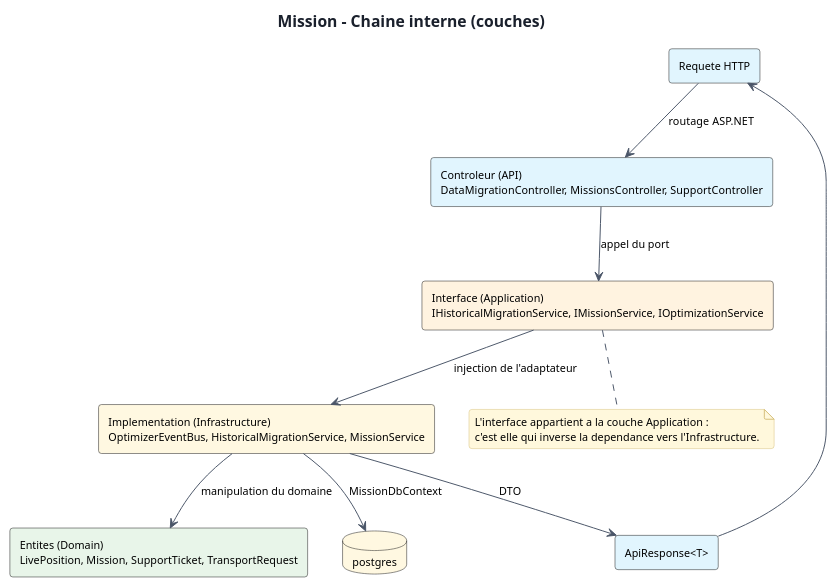
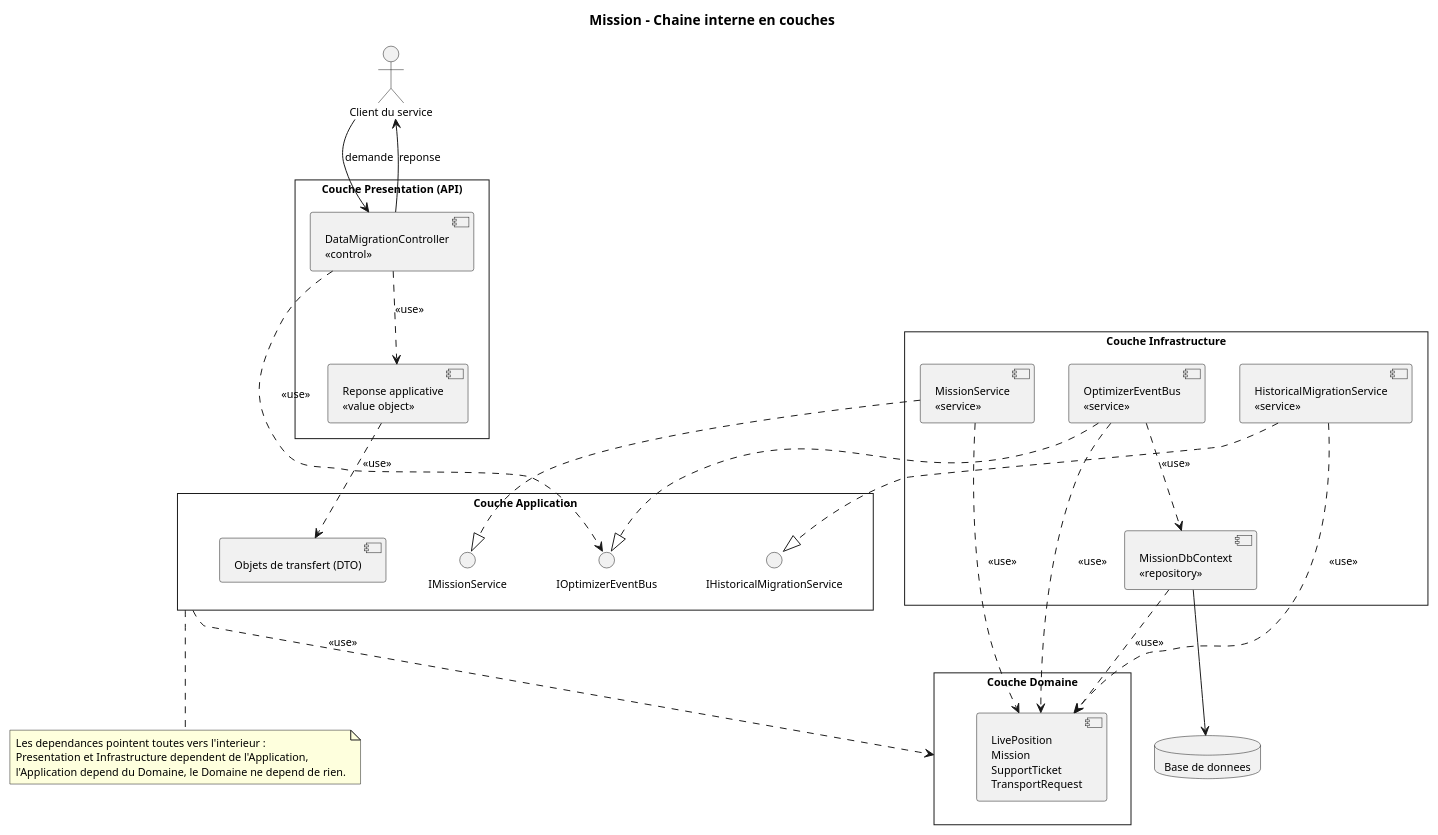
One commit to saber-barhoumi/Xpark-gmao changed the diagram in docs/diagrams/microservices/Mission/Mission-service-flow.puml. Above: the diagram before and after it, drawn with PlantUML. The commit also changed 37 other files, not shown here.

First line of the commit message:
docs(uml): correctifs semantiques sur les diagrammes des microservices

```diff
--- a/docs/diagrams/microservices/Mission/Mission-service-flow.puml
+++ b/docs/diagrams/microservices/Mission/Mission-service-flow.puml
@@ -1,40 +1,71 @@
 @startuml
 skinparam style strictuml
-skinparam backgroundColor #FFFFFF
+skinparam packageStyle rectangle
+skinparam classAttributeIconSize 0
 skinparam shadowing false
 skinparam defaultFontName Verdana
 skinparam defaultFontSize 11
-skinparam roundCorner 6
-skinparam ArrowColor #4A5568
-skinparam TitleFontSize 16
-skinparam TitleFontColor #1A202C
-skinparam NoteBackgroundColor #FFF8DC
-skinparam NoteBorderColor #D6BF7A
-skinparam componentStyle rectangle
+skinparam backgroundColor #FFFFFF
+hide empty members
 
-title Mission - Chaine interne (couches)
+title Mission - Chaine interne en couches
 
 skinparam componentStyle rectangle
 
-rectangle "Requete HTTP" as R #E1F5FE
-rectangle "Controleur (API)\nDataMigrationController, MissionsController, SupportController" as C #E1F5FE
-rectangle "Interface (Application)\nIHistoricalMigrationService, IMissionService, IOptimizationService" as I #FFF3E0
-rectangle "Implementation (Infrastructure)\nOptimizerEventBus, HistoricalMigrationService, MissionService" as S #FFF8E1
-rectangle "Entites (Domain)\nLivePosition, Mission, SupportTicket, TransportRequest" as E #E8F5E9
-database "postgres" as PG #FFF8E1
-rectangle "ApiResponse<T>" as RESP #E1F5FE
+actor "Client du service" as CLIENT
 
-R --> C : routage ASP.NET
-C --> I : appel du port
-I --> S : injection de l'adaptateur
-S --> E : manipulation du domaine
-S --> PG : MissionDbContext
-S --> RESP : DTO
-RESP --> R
+package "Couche Presentation (API)" as P_API {
+  component "DataMigrationController\n<<control>>" as CTRL
+  component "Reponse applicative\n<<value object>>" as RESP
+}
 
-note bottom of I
-  L'interface appartient a la couche Application :
-  c'est elle qui inverse la dependance vers l'Infrastructure.
+package "Couche Application" as P_APP {
+  interface "IOptimizerEventBus" as IOptimizerEventBus
+  interface "IHistoricalMigrationService" as IHistoricalMigrationService
+  interface "IMissionService" as IMissionService
+  component "Objets de transfert (DTO)" as DTO
+}
+
+package "Couche Domaine" as P_DOM {
+  component "LivePosition\nMission\nSupportTicket\nTransportRequest" as ENT
+}
+
+package "Couche Infrastructure" as P_INF {
+  component "OptimizerEventBus\n<<service>>" as OptimizerEventBus
+  component "HistoricalMigrationService\n<<service>>" as HistoricalMigrationService
+  component "MissionService\n<<service>>" as MissionService
+  component "MissionDbContext\n<<repository>>" as CTX
+}
+
+database "Base de donnees" as BD
+
+' Flux de la demande, puis retour par le controleur
+CLIENT --> CTRL : demande
+CTRL --> CLIENT : reponse
+CTRL ..> IOptimizerEventBus : << use >>
+CTRL ..> RESP : << use >>
+RESP ..> DTO : << use >>
+
+' Inversion de dependance : l'Infrastructure realise les contrats
+' declares par l'Application. Aucune fleche ne part de l'Application
+' vers l'Infrastructure.
+OptimizerEventBus ..|> IOptimizerEventBus
+HistoricalMigrationService ..|> IHistoricalMigrationService
+MissionService ..|> IMissionService
+
+OptimizerEventBus ..> ENT : << use >>
+HistoricalMigrationService ..> ENT : << use >>
+MissionService ..> ENT : << use >>
+CTX ..> ENT : << use >>
+OptimizerEventBus ..> CTX : << use >>
+CTX --> BD
+
+P_APP ..> P_DOM : << use >>
+
+note bottom of P_APP
+  Les dependances pointent toutes vers l'interieur :
+  Presentation et Infrastructure dependent de l'Application,
+  l'Application depend du Domaine, le Domaine ne depend de rien.
 end note
 
 @enduml
```
